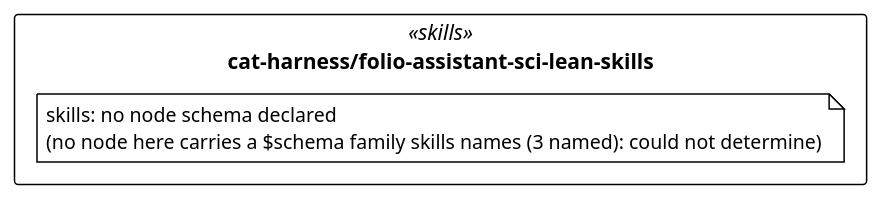
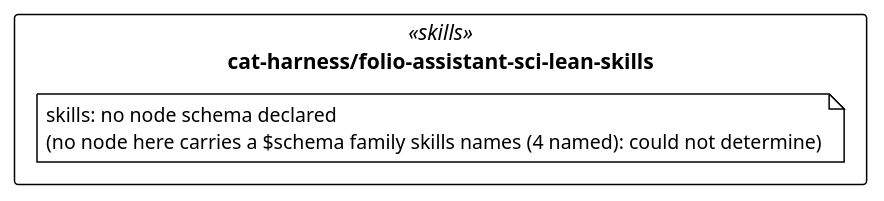
The diagram in cat-harness/uml/overview/cat-harness/folio-assistant-sci-lean-skills.puml (litlfred/folio-assistant), drawn with PlantUML before and after one commit. The commit also changed 69 other files, not shown here.

First line of the commit message:
Register skills.json as the skill-topics/v1 family (fixes check:kind-validators)

```diff
--- a/cat-harness/uml/overview/cat-harness/folio-assistant-sci-lean-skills.puml
+++ b/cat-harness/uml/overview/cat-harness/folio-assistant-sci-lean-skills.puml
@@ -3,13 +3,13 @@
 @startuml cat_harness_folio_assistant_sci_lean_skills
 !pragma layout elk
 !theme plain
 skinparam classAttributeIconSize 0
 skinparam shadowing false
 skinparam packageStyle rectangle
 hide empty methods
 
 package "cat-harness/folio-assistant-sci-lean-skills" as pkg_cat_harness_folio_assistant_sci_lean_skills <<skills>> {
-  note "skills: no node schema declared\n(no node here carries a $schema family skills names (3 named): could not determine)" as n_cat_harness_folio_assistant_sci_lean_skills_skills
+  note "skills: no node schema declared\n(no node here carries a $schema family skills names (4 named): could not determine)" as n_cat_harness_folio_assistant_sci_lean_skills_skills
 }
 
 @enduml
```
